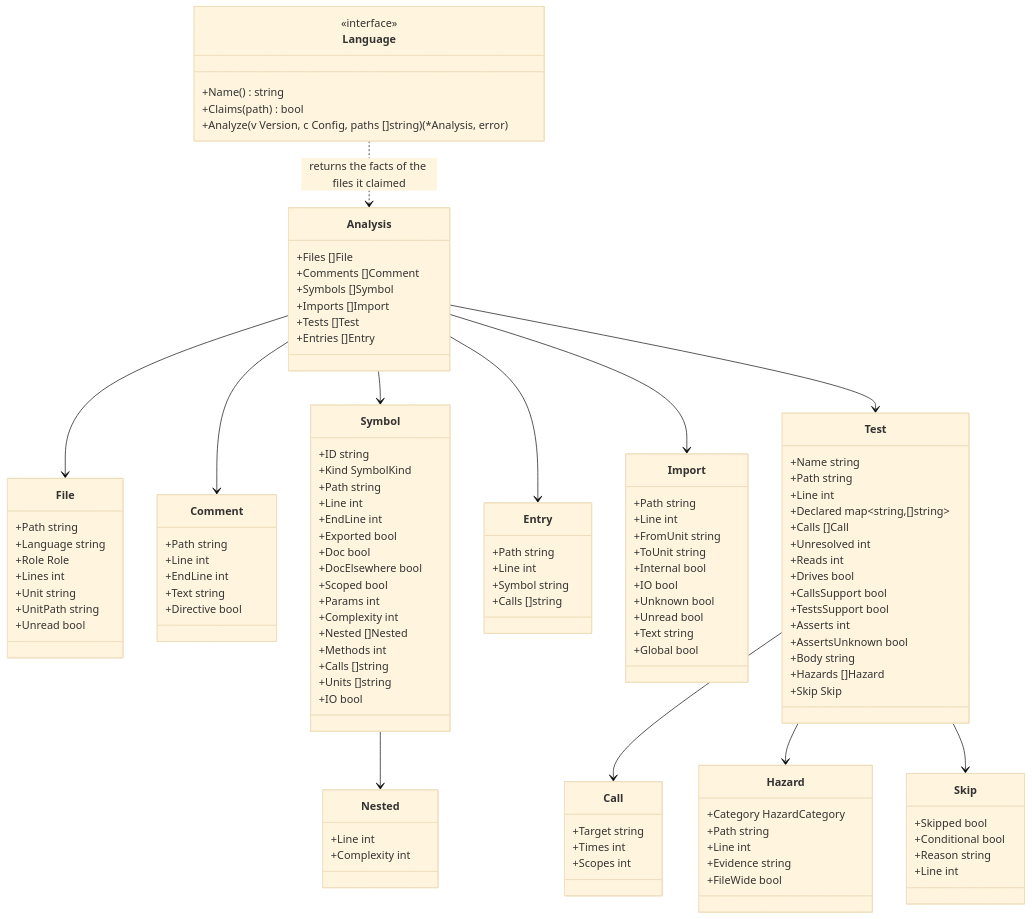
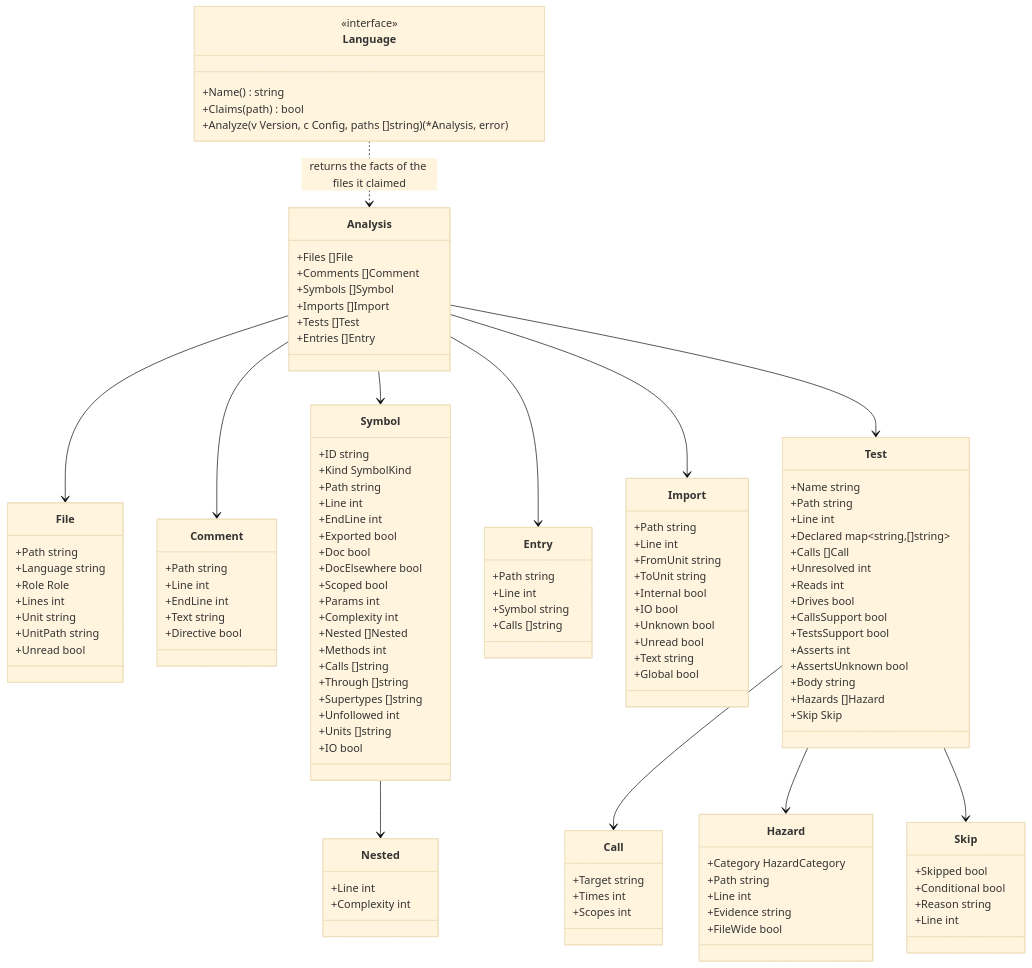
The diagram in docs/design/adapters.md (rerorets/hadome), drawn with Mermaid (base theme) before and after one commit. The commit also changed other lines of this file and 5 other files, not shown here.

Commit message:
The design of a call diagram, checked against calls hadome can follow, including calls through an interface

```diff
--- a/docs/design/adapters.md
+++ b/docs/design/adapters.md
@@ -61,6 +61,9 @@
     +Nested []Nested
     +Methods int
     +Calls []string
+    +Through []string
+    +Supertypes []string
+    +Unfollowed int
     +Units []string
     +IO bool
   }
```
